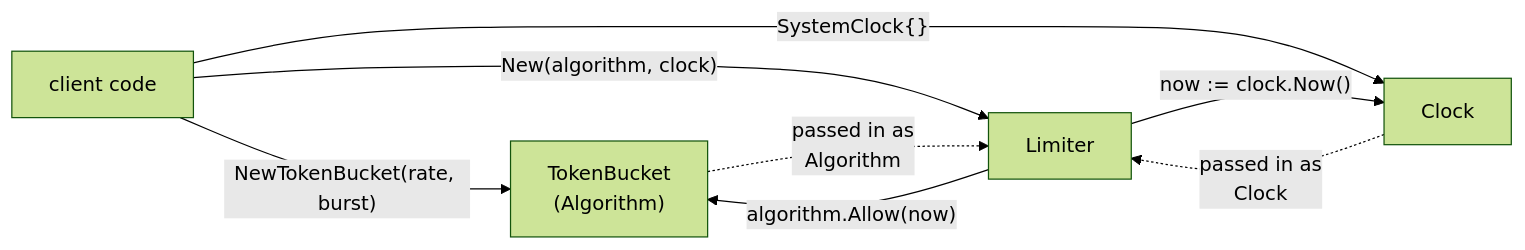
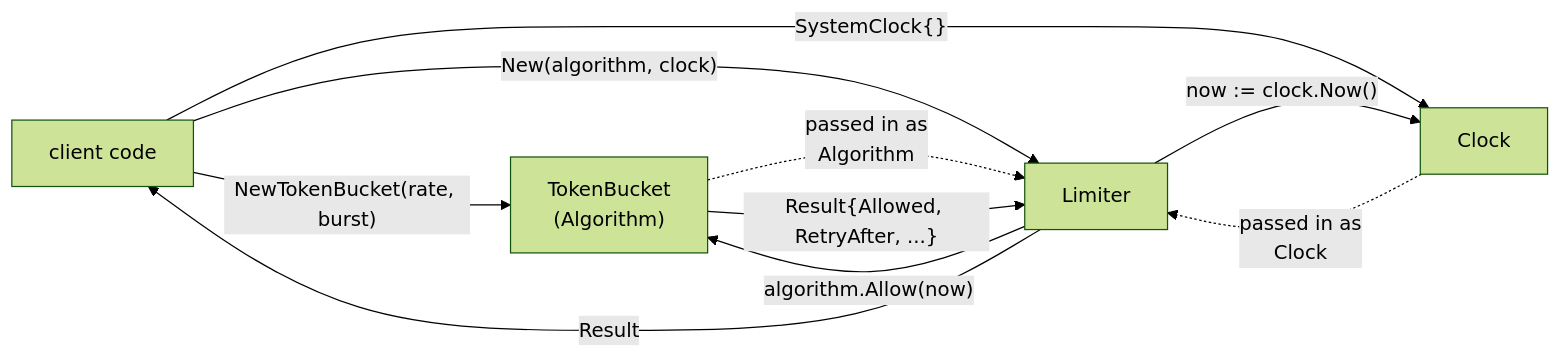
One commit to const-nash/go-rate-limiter changed the second of 2 diagrams in docs/architecture.md. Above: the diagram before and after it, drawn with Mermaid (forest theme). The commit also changed other lines of this file and 3 other files, not shown here.

````diff
--- a/docs/architecture.md
+++ b/docs/architecture.md
@@ -141,10 +158,12 @@
 ```mermaid
 flowchart LR
     A["client code"] -->|"NewTokenBucket(rate, burst)"| B["TokenBucket\n(Algorithm)"]
     A -->|"New(algorithm, clock)"| C["Limiter"]
     A -->|"SystemClock{}"| E["Clock"]
     B -.->|"passed in as\nAlgorithm"| C
     E -.->|"passed in as\nClock"| C
     C -->|"now := clock.Now()"| E
     C -->|"algorithm.Allow(now)"| B
+    B -->|"Result{Allowed, RetryAfter, ...}"| C
+    C -->|"Result"| A
 ```
````
